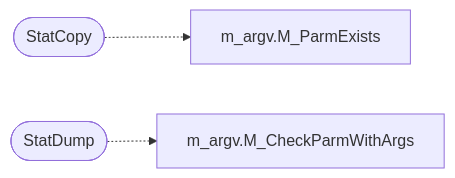
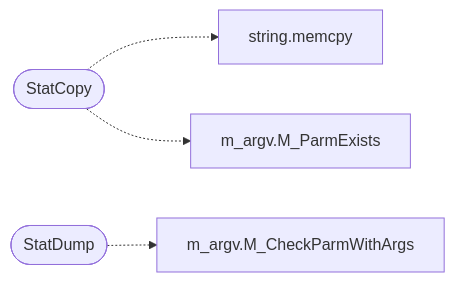
One commit to grisuno/miniOS changed the diagram in readmenator-apidocs/modules/progs.doomgeneric.statdump.c.md. Above: the diagram before and after it, drawn with Mermaid. The commit also changed other lines of this file and 222 other files, not shown here.

````diff
--- a/readmenator-apidocs/modules/progs.doomgeneric.statdump.c.md
+++ b/readmenator-apidocs/modules/progs.doomgeneric.statdump.c.md
@@ -14,9 +14,11 @@
 ```mermaid
 flowchart LR
     n_progs_doomgeneric_statdump_c__StatCopy(["StatCopy"])
+    n_kernel_string_c__memcpy["string.memcpy"]
     n_progs_doomgeneric_m_argv_c__M_ParmExists["m_argv.M_ParmExists"]
     n_progs_doomgeneric_statdump_c__StatDump(["StatDump"])
     n_progs_doomgeneric_m_argv_h__M_CheckParmWithArgs["m_argv.M_CheckParmWithArgs"]
+    n_progs_doomgeneric_statdump_c__StatCopy -.-> n_kernel_string_c__memcpy
     n_progs_doomgeneric_statdump_c__StatCopy -.-> n_progs_doomgeneric_m_argv_c__M_ParmExists
     n_progs_doomgeneric_statdump_c__StatDump -.-> n_progs_doomgeneric_m_argv_h__M_CheckParmWithArgs
 ```
````
